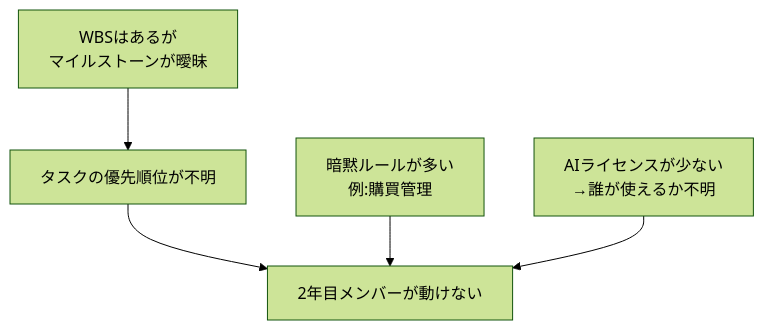
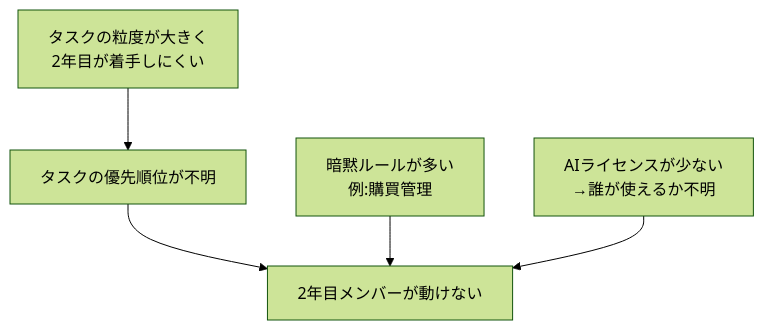
Before and after one commit to darts-cloud/note: the second of 2 diagrams in content/02_idea/ETロボコンのルール作成/3.AIとの深掘り.md, drawn with Mermaid (forest theme). The commit also changed other lines of this file and 2 other files, not shown here.

````diff
--- a/content/02_idea/ETロボコンのルール作成/3.AIとの深掘り.md
+++ b/content/02_idea/ETロボコンのルール作成/3.AIとの深掘り.md
@@ -95,7 +95,7 @@
 ```mermaid
 flowchart TD
-    A[WBSはあるが\nマイルストーンが曖昧] --> B[タスクの優先順位が不明]
+    A[タスクの粒度が大きく\n2年目が着手しにくい] --> B[タスクの優先順位が不明]
     B --> C[2年目メンバーが動けない]
     D[暗黙ルールが多い\n例:購買管理] --> C
     E[AIライセンスが少ない\n→誰が使えるか不明] --> C
 ```
````
